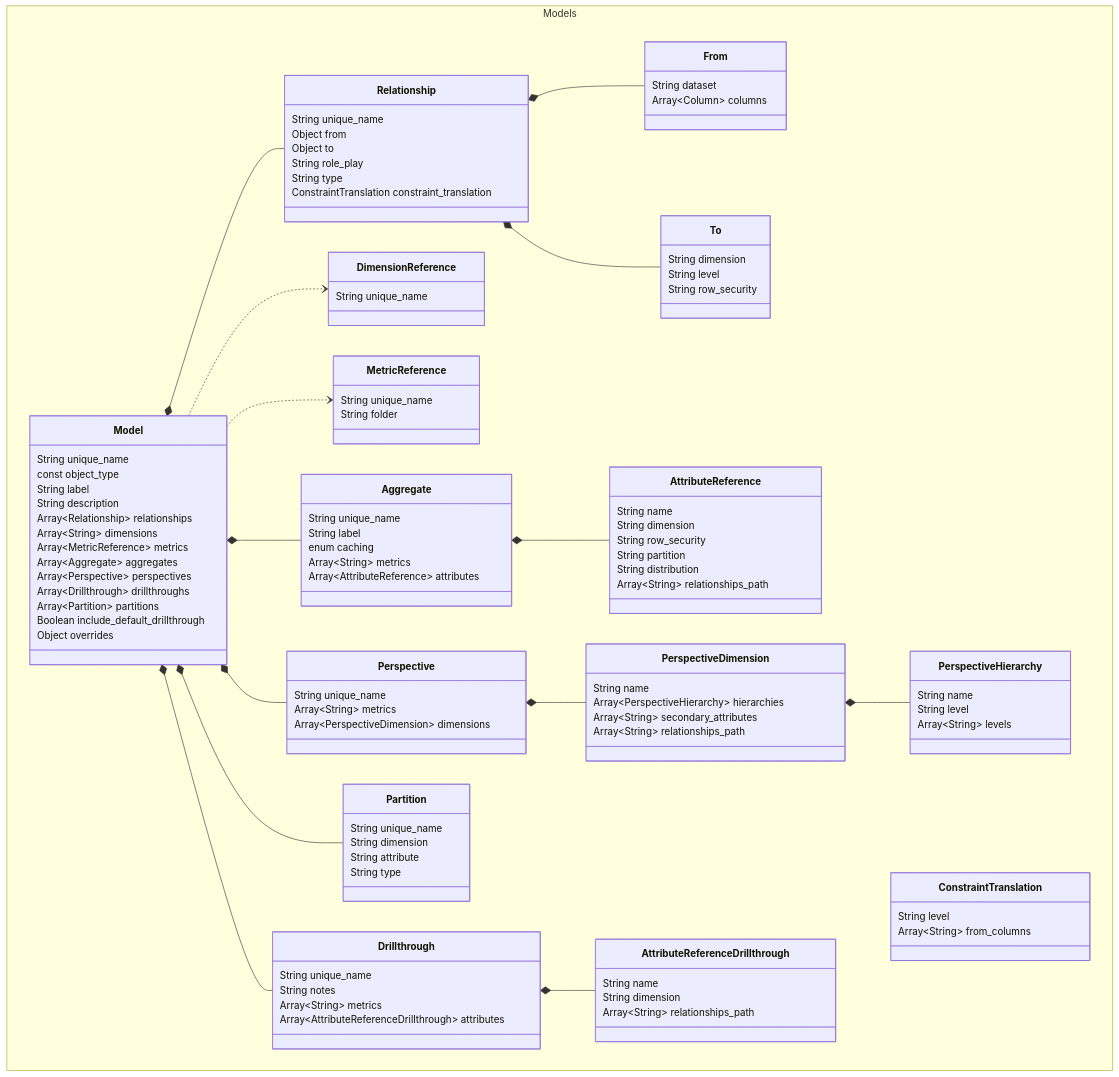
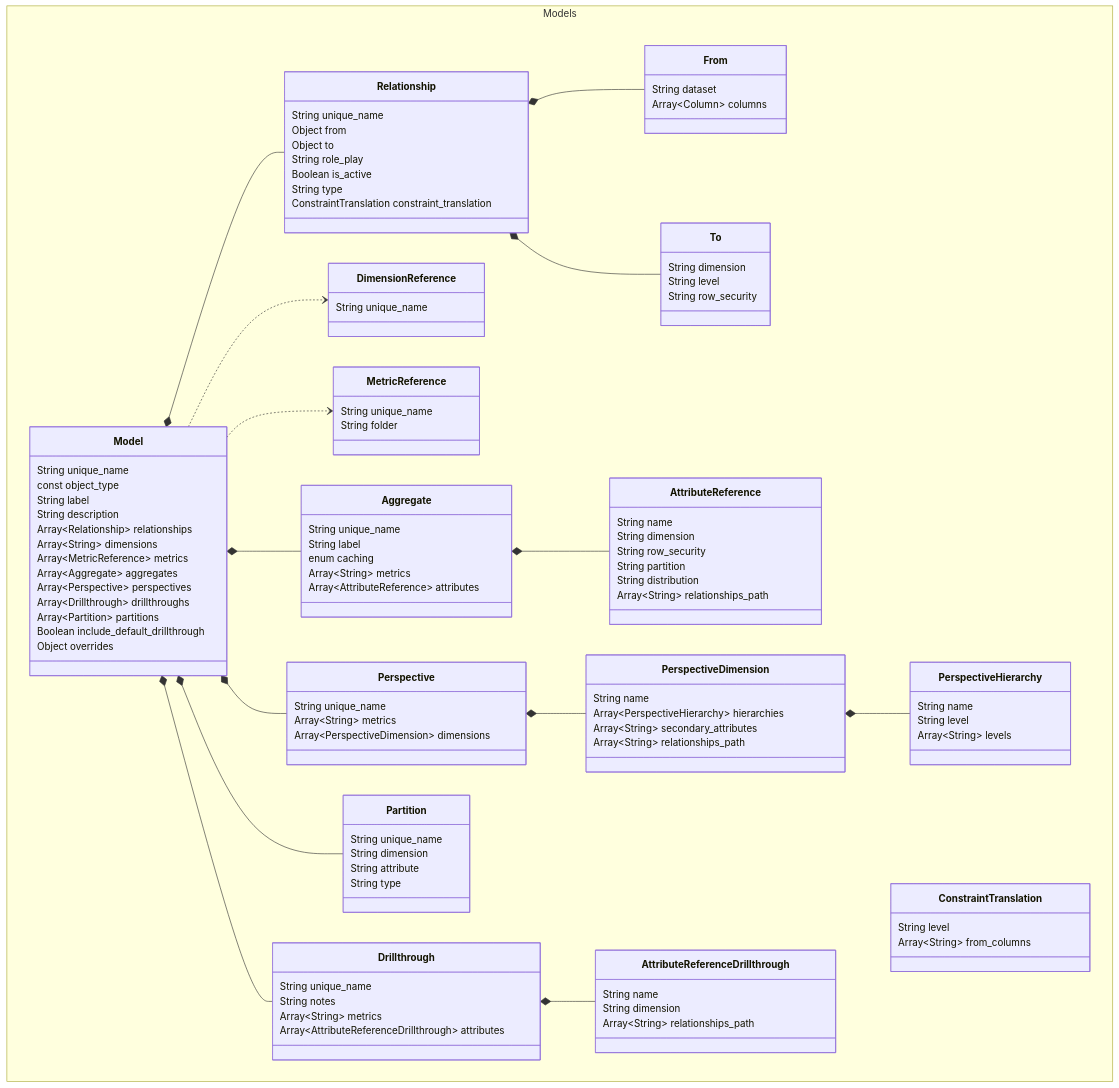
The diagram in sml-reference/model.md (semanticdatalayer/SML), drawn with Mermaid before and after one commit. The commit also changed other lines of this file and 1 other file, not shown here.

Commit message:
docs: [ATSCALE-49237] add is_active to model relationships and string catalog version

```diff
--- a/sml-reference/model.md
+++ b/sml-reference/model.md
@@ -211,6 +211,7 @@
       Object from
       Object to
       String role_play
+      Boolean is_active
       String type
       ConstraintTranslation constraint_translation
     }
```
